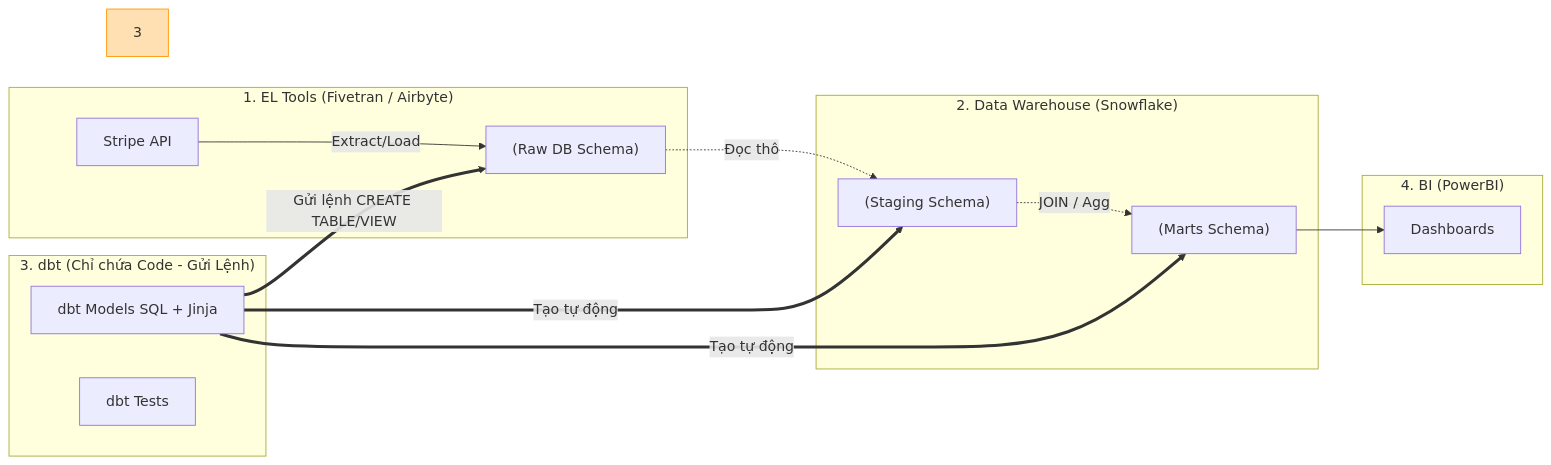
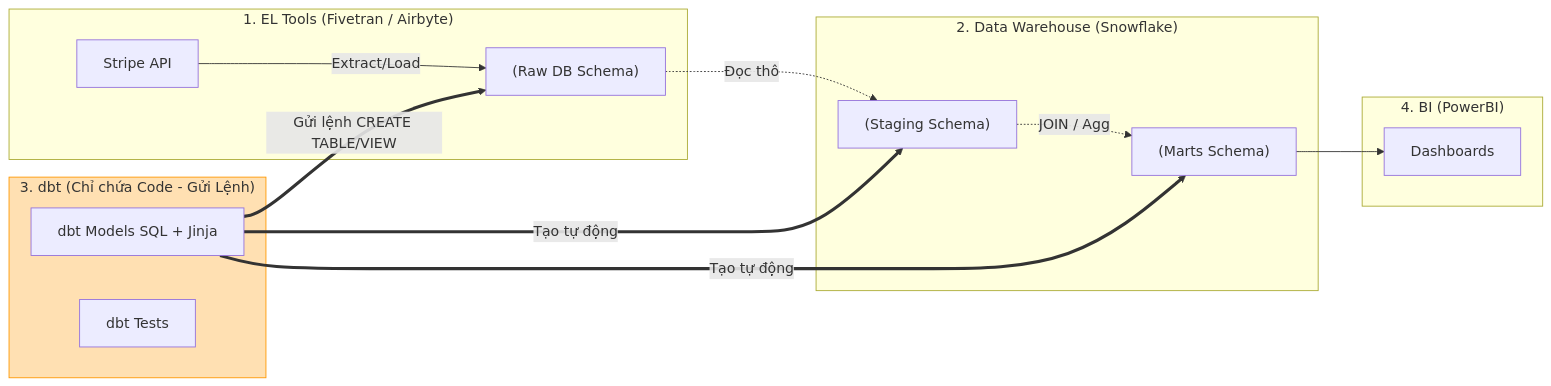
Before and after one commit to kythuatdulieu/kythuatdulieu.github.io: the diagram in src/content/docs/concepts/transformation-analytics/dbt.md, drawn with Mermaid. The commit also changed other lines of this file and 175 other files, not shown here.

Commit message:
docs: content audit, correct Mermaid diagrams, fix external links, and auto-inject popovers

````diff
--- a/src/content/docs/concepts/transformation-analytics/dbt.md
+++ b/src/content/docs/concepts/transformation-analytics/dbt.md
@@ -51,28 +51,28 @@
 ```mermaid
 graph LR
     subgraph "1. EL Tools (Fivetran / Airbyte)"
         API["Stripe API"] -->|"Extract/Load"| Raw["(Raw DB Schema)"]
     end
 
     subgraph "2. Data Warehouse (Snowflake)"
         Raw
         Stg["(Staging Schema)"]
         Mart["(Marts Schema)"]
         Raw -. "Đọc thô" .-> Stg
         Stg -. "JOIN / Agg" .-> Mart
     end
 
-    subgraph "3. dbt (Chỉ chứa Code - Gửi Lệnh)"
+    subgraph DbtLayer ["3. dbt (Chỉ chứa Code - Gửi Lệnh)"]
         C["dbt Models SQL + Jinja"]
         T["dbt Tests"]
         C == "Gửi lệnh CREATE TABLE/VIEW" ==> Raw
         C == "Tạo tự động" ==> Stg
         C == "Tạo tự động" ==> Mart
     end
 
     subgraph "4. BI (PowerBI)"
         Mart --> Dash["Dashboards"]
     end
     
-    style 3 fill:#ffe0b2,stroke:#ff9800
+    style DbtLayer fill:#ffe0b2,stroke:#ff9800
 ```
````
